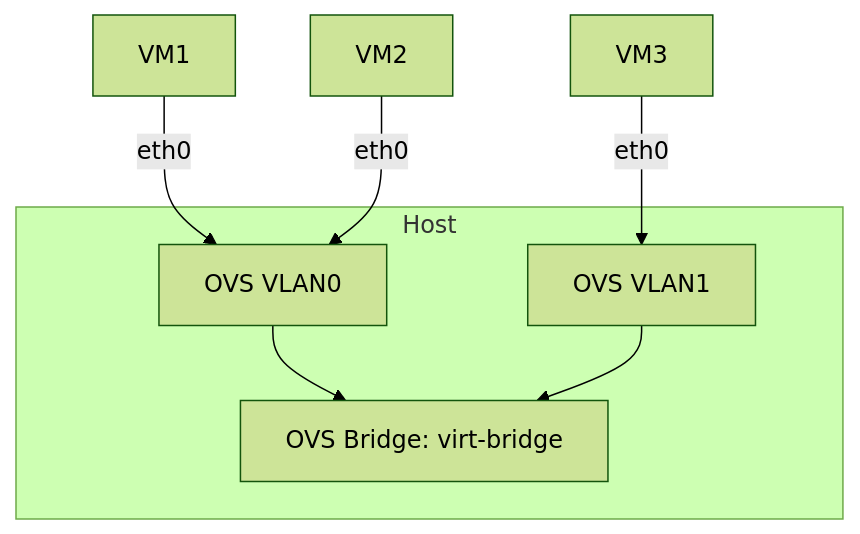
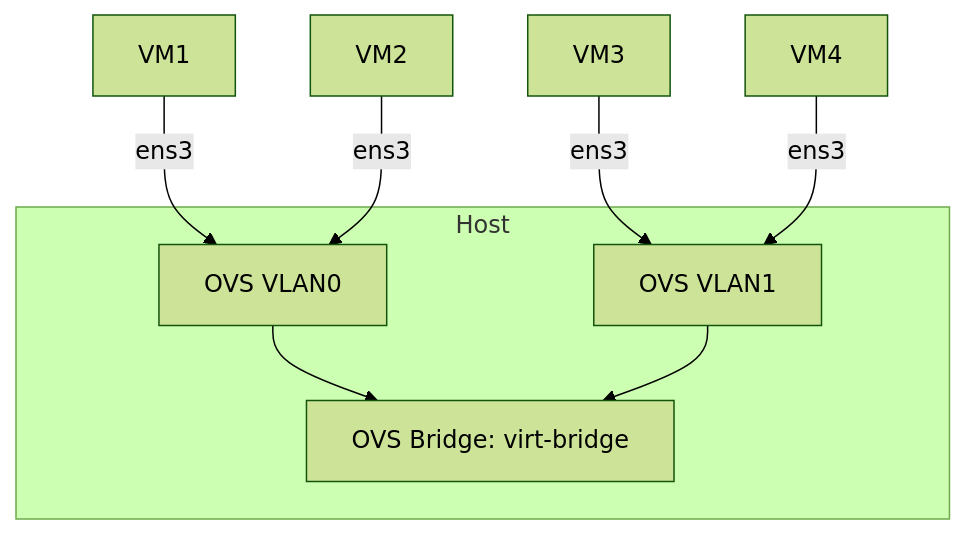
One commit to ADORSYS-GIS/openstack changed the diagram in docs/setupvswitch.md. Above: the diagram before and after it, drawn with Mermaid (forest theme).

Commit message:
fix: Modified the mermaid code to reflect, and also added a summary

````diff
--- a/docs/setupvswitch.md
+++ b/docs/setupvswitch.md
@@ -22,16 +22,17 @@
 ```mermaid
 
 graph TD
     subgraph Host
         OVS[OVS Bridge: virt-bridge]
         OVS_VLAN0[OVS VLAN0]
         OVS_VLAN1[OVS VLAN1]
     end
 
-    VM1 -->|eth0| OVS_VLAN0
-    VM2 -->|eth0| OVS_VLAN0
-    VM3 -->|eth0| OVS_VLAN1
+    VM1 -->|ens3| OVS_VLAN0
+    VM2 -->|ens3| OVS_VLAN0
+    VM3 -->|ens3| OVS_VLAN1
+    VM4 -->|ens3| OVS_VLAN1
 
     OVS_VLAN0 --> OVS
     OVS_VLAN1 --> OVS
 ```
````
